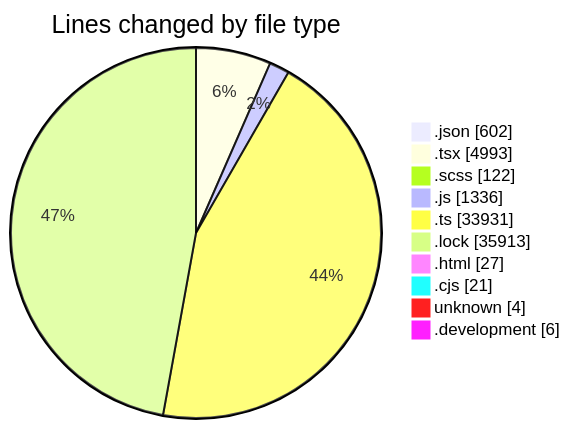
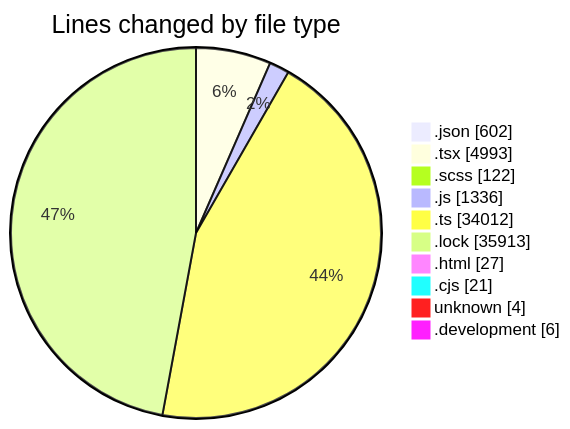
Before and after one commit to momahboobian/code-tracking: the first of 2 diagrams in 2026-09-03/cda/README.md, drawn with Mermaid. The commit also changed other lines of this file and 1 other file, not shown here.

````diff
--- a/2026-09-03/cda/README.md
+++ b/2026-09-03/cda/README.md
@@ -81,14 +81,14 @@
 ```mermaid
 pie showData
 title Lines changed by file type
 ".json" : 602
 ".tsx" : 4993
 ".scss" : 122
 ".js" : 1336
-".ts" : 33931
+".ts" : 34012
 ".lock" : 35913
 ".html" : 27
 ".cjs" : 21
 "unknown" : 4
 ".development" : 6
 ```
````
